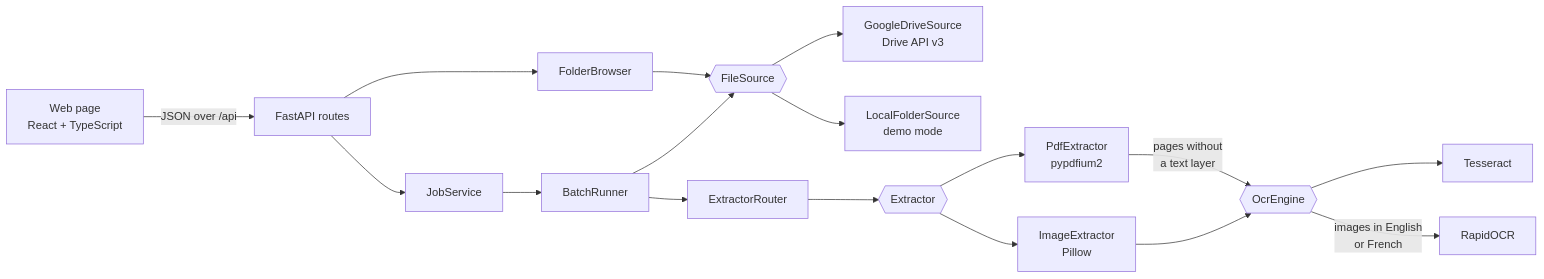
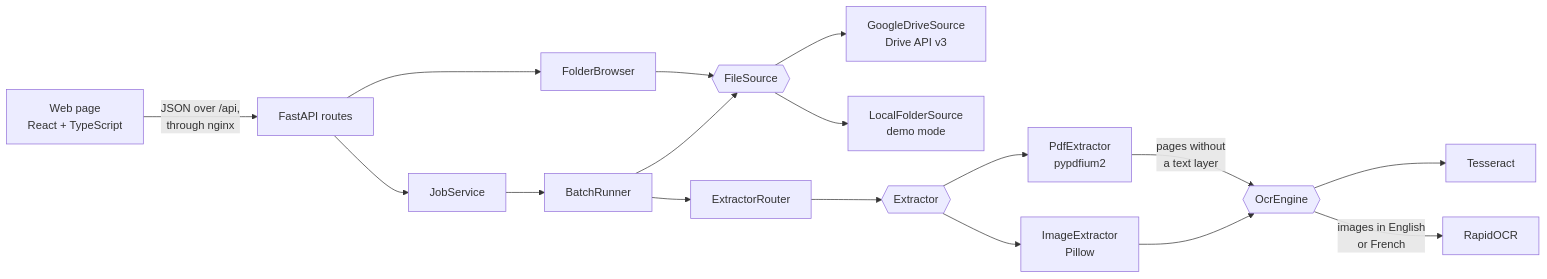
One commit to hae-emna/drive-text-extractor changed the diagram in README.md. Above: the diagram before and after it, drawn with Mermaid. The commit also changed other lines of this file and 1 other file, not shown here.

````diff
--- a/README.md
+++ b/README.md
@@ -98,17 +98,17 @@
 ```mermaid
 flowchart LR
-    UI["Web page<br/>React + TypeScript"] -- "JSON over /api" --> API["FastAPI routes"]
+    UI["Web page<br/>React + TypeScript"] -- "JSON over /api,<br/>through nginx" --> API["FastAPI routes"]
     API --> FB[FolderBrowser]
     API --> JS[JobService] --> BR[BatchRunner]
     FB --> FS{{"FileSource"}}
     BR --> FS
     FS --> GD["GoogleDriveSource<br/>Drive API v3"]
     FS --> LF["LocalFolderSource<br/>demo mode"]
     BR --> R[ExtractorRouter] --> EX{{"Extractor"}}
     EX --> PDF["PdfExtractor<br/>pypdfium2"]
     EX --> IMG["ImageExtractor<br/>Pillow"]
     PDF -- "pages without<br/>a text layer" --> OCR{{"OcrEngine"}}
     IMG --> OCR
     OCR --> TES["Tesseract"]
     OCR -- "images in English<br/>or French" --> RAP["RapidOCR"]
 ```
````
